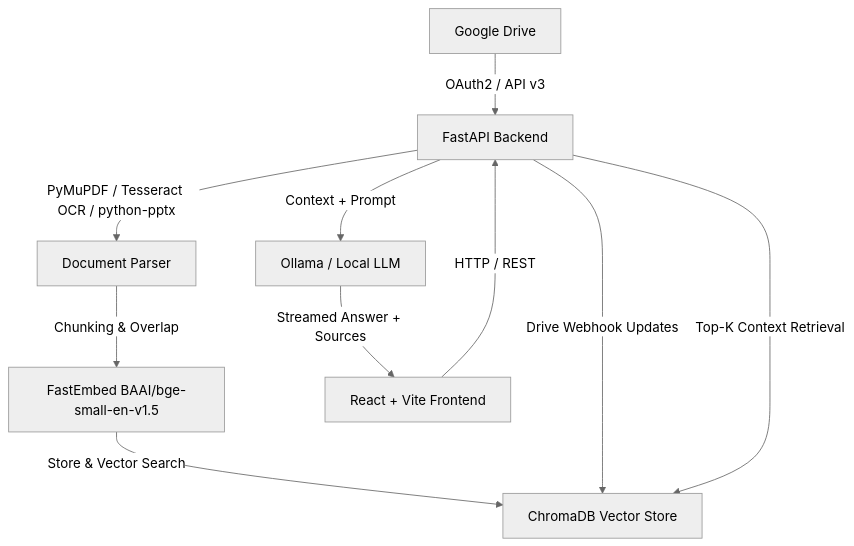
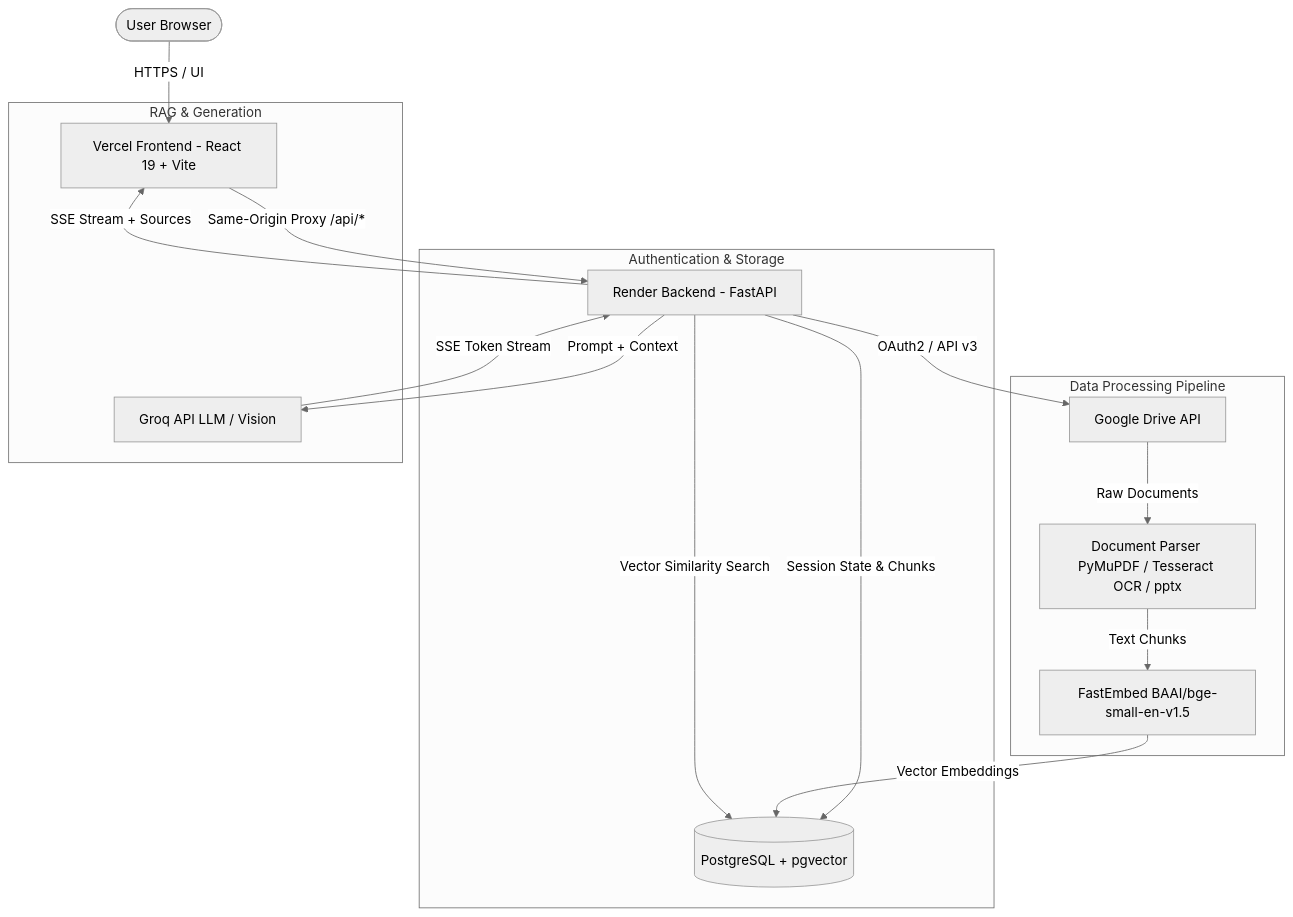
One commit to Sayanduary/gdrive-rag-system changed the diagram in README.md. Above: the diagram before and after it, drawn with Mermaid (neutral theme). The commit also changed other lines of this file and 2 other files, not shown here.

Commit message:
refactor: migrate RAG stack to PostgreSQL pgvector and Groq LLM with async background ingestion

````diff
--- a/README.md
+++ b/README.md
@@ -9,13 +9,23 @@
 ```mermaid
 graph TD
-    A[Google Drive] -->|OAuth2 / API v3| B[FastAPI Backend]
-    B -->|PyMuPDF / Tesseract OCR / python-pptx| C[Document Parser]
-    C -->|Chunking & Overlap| D[FastEmbed BAAI/bge-small-en-v1.5]
-    D -->|Store & Vector Search| E[ChromaDB Vector Store]
-    B -->|Drive Webhook Updates| E
+    User([User Browser]) -->|HTTPS / UI| Vercel[Vercel Frontend - React 19 + Vite]
+    Vercel -->|Same-Origin Proxy /api/*| Render[Render Backend - FastAPI]
     
-    F[React + Vite Frontend] -->|HTTP / REST| B
-    B -->|Top-K Context Retrieval| E
-    B -->|Context + Prompt| G[Ollama / Local LLM]
-    G -->|Streamed Answer + Sources| F
+    subgraph Authentication & Storage
+        Render -->|Session State & Chunks| Supabase[(PostgreSQL + pgvector)]
+    end
+    
+    subgraph Data Processing Pipeline
+        Render -->|OAuth2 / API v3| GDrive[Google Drive API]
+        GDrive -->|Raw Documents| Parser[Document Parser PyMuPDF / Tesseract OCR / pptx]
+        Parser -->|Text Chunks| Embedder[FastEmbed BAAI/bge-small-en-v1.5]
+        Embedder -->|Vector Embeddings| Supabase
+    end
+    
+    subgraph RAG & Generation
+        Render -->|Vector Similarity Search| Supabase
+        Render -->|Prompt + Context| Groq[Groq API LLM / Vision]
+        Groq -->|SSE Token Stream| Render
+        Render -->|SSE Stream + Sources| Vercel
+    end
 ```
````
